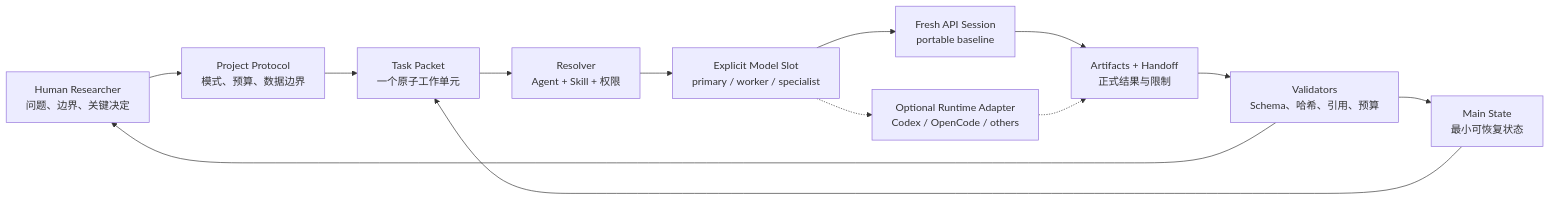
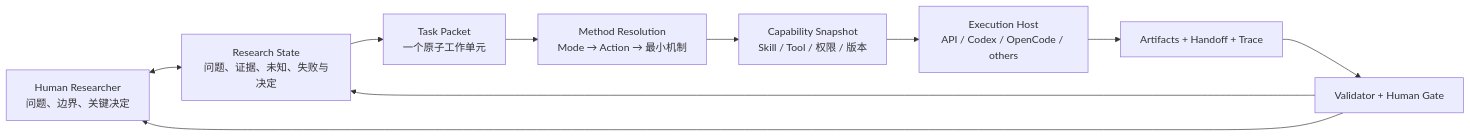
One commit to Chengyue-Lu/research-agent-workbench changed the diagram in docs/GETTING_STARTED.md. Above: the diagram before and after it, drawn with Mermaid. The commit also changed other lines of this file and 32 other files, not shown here.

Commit message:
docs: rebase architecture on method-aware control plane

````diff
--- a/docs/GETTING_STARTED.md
+++ b/docs/GETTING_STARTED.md
@@ -31,18 +31,15 @@
 ```mermaid
 flowchart LR
     H["Human Researcher<br/>问题、边界、关键决定"]
-    P["Project Protocol<br/>模式、预算、数据边界"]
+    RS["Research State<br/>问题、证据、未知、失败与决定"]
     T["Task Packet<br/>一个原子工作单元"]
-    R["Resolver<br/>Agent + Skill + 权限"]
-    S["Explicit Model Slot<br/>primary / worker / specialist"]
-    N["Fresh API Session<br/>portable baseline"]
-    O["Optional Runtime Adapter<br/>Codex / OpenCode / others"]
-    A["Artifacts + Handoff<br/>正式结果与限制"]
-    V["Validators<br/>Schema、哈希、引用、预算"]
-    M["Main State<br/>最小可恢复状态"]
+    MR["Method Resolution<br/>Mode → Action → 最小机制"]
+    C["Capability Snapshot<br/>Skill / Tool / 权限 / 版本"]
+    E["Execution Host<br/>API / Codex / OpenCode / others"]
+    A["Artifacts + Handoff + Trace"]
+    V["Validator + Human Gate"]
 
-    H --> P --> T --> R --> S --> N --> A --> V --> M
-    S -.-> O -.-> A
+    H <--> RS
+    RS --> T --> MR --> C --> E --> A --> V --> RS
     V --> H
-    M --> T
 ```
````
